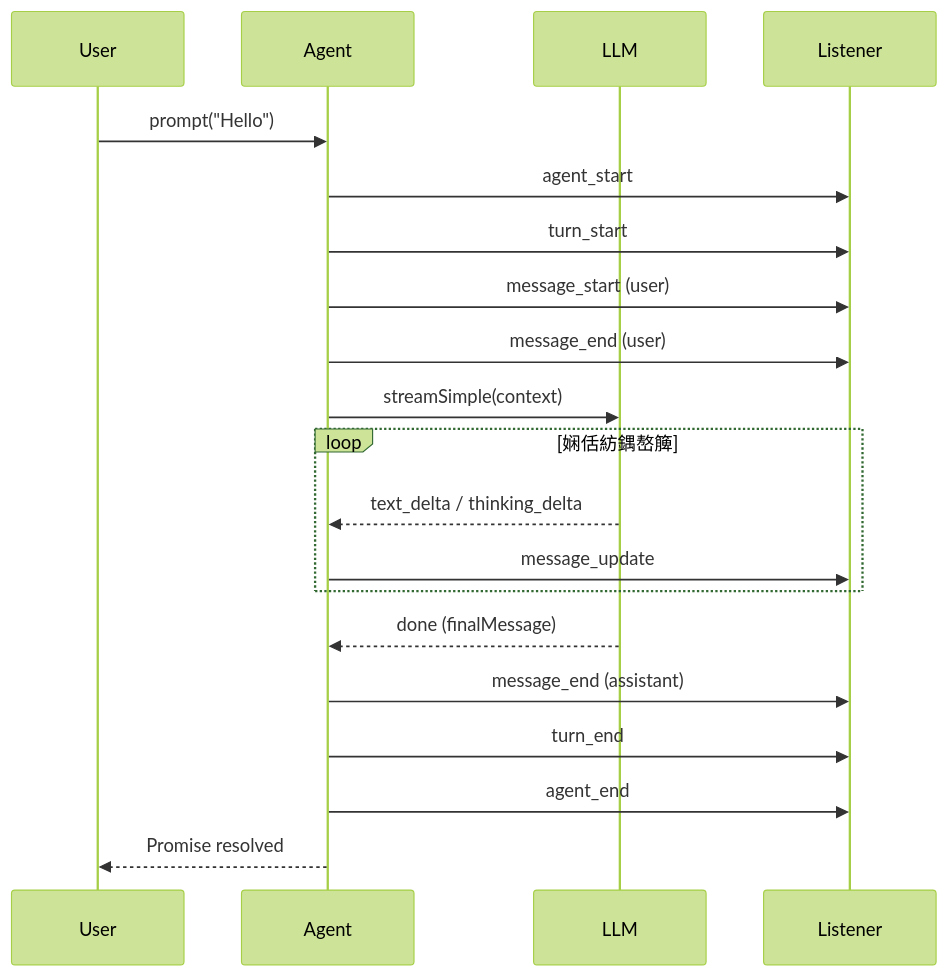
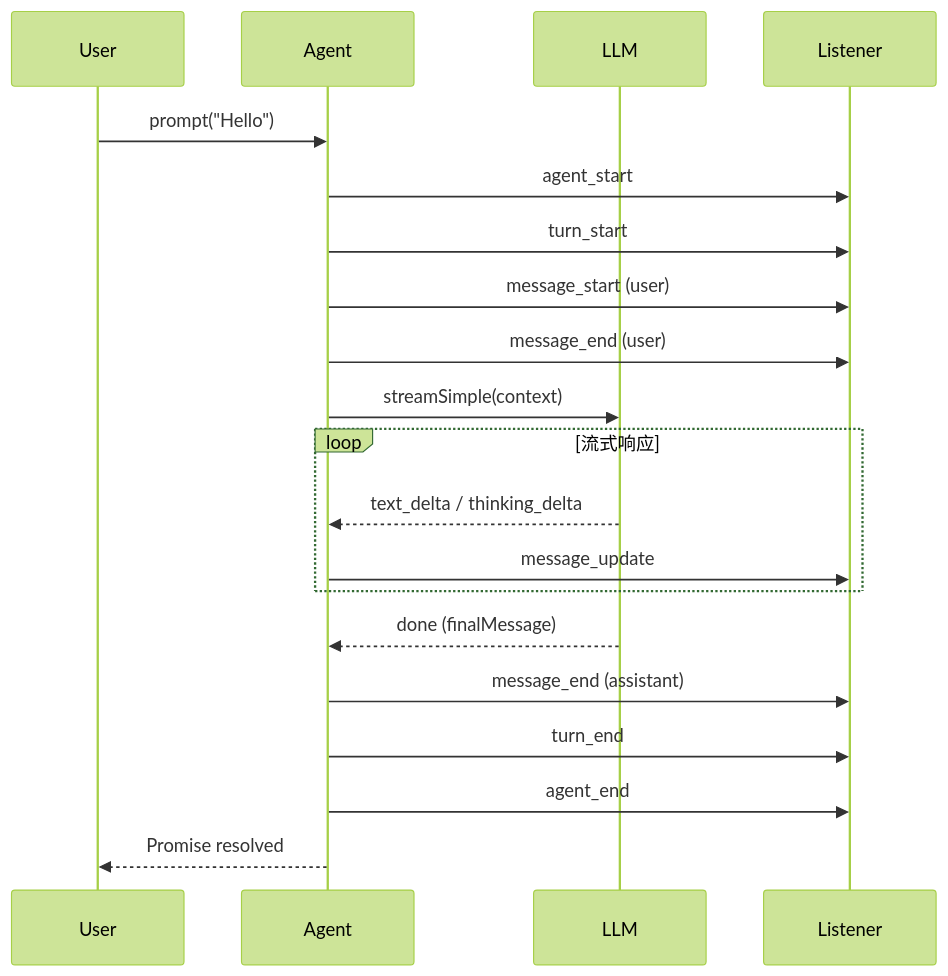
The second of 4 diagrams in _posts/2026-03-05-pi-monorepo-technical-analysis.md (jovialchen/taomu), drawn with Mermaid (forest theme) before and after one commit. The commit also changed other lines of this file and 3 other files, not shown here.

````diff
--- a/_posts/2026-03-05-pi-monorepo-technical-analysis.md
+++ b/_posts/2026-03-05-pi-monorepo-technical-analysis.md
@@ -223,25 +241,25 @@
-<pre class="mermaid">
+```mermaid
 sequenceDiagram
     participant User
     participant Agent
     participant LLM
     participant Listener
 
     User->>Agent: prompt("Hello")
     Agent->>Listener: agent_start
     Agent->>Listener: turn_start
     Agent->>Listener: message_start (user)
     Agent->>Listener: message_end (user)
     Agent->>LLM: streamSimple(context)
 
-    loop 娴佸紡鍝嶅簲
+    loop 流式响应
         LLM-->>Agent: text_delta / thinking_delta
         Agent->>Listener: message_update
     end
 
     LLM-->>Agent: done (finalMessage)
     Agent->>Listener: message_end (assistant)
     Agent->>Listener: turn_end
     Agent->>Listener: agent_end
     Agent-->>User: Promise resolved
-</pre>
+```
````
